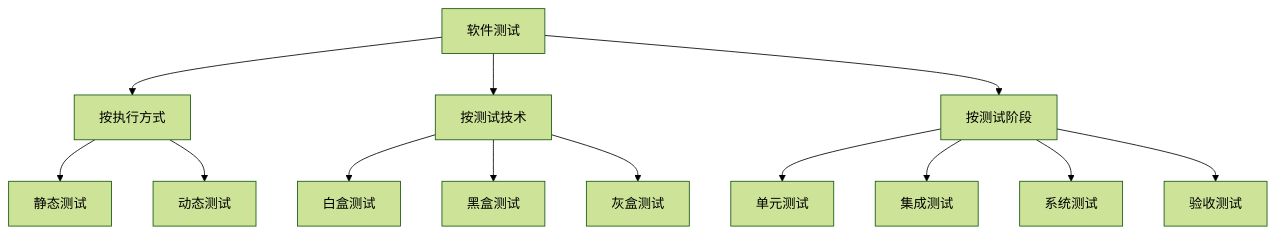
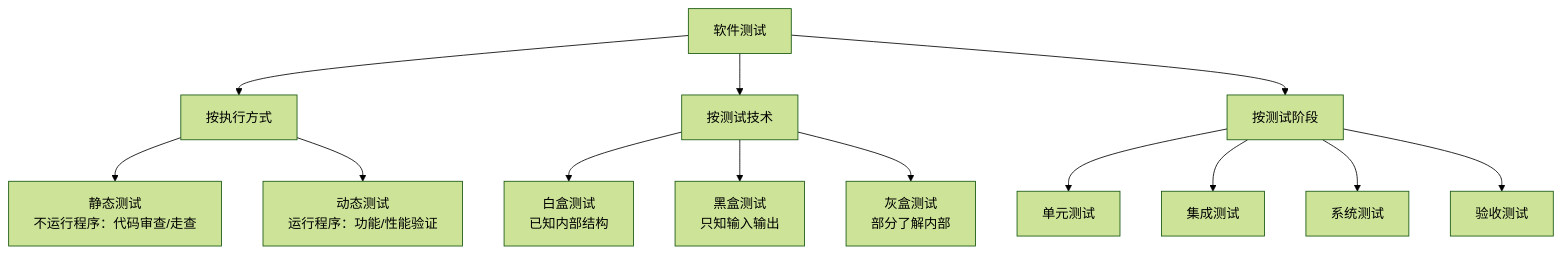
One commit to yiiewang/yiiewang.github.io changed diagram 20 of 25 in docs/ruankao/basics software engineering/index.md. Above: the diagram before and after it, drawn with Mermaid (forest theme). The commit also changed other lines of this file, not shown here.

````diff
--- a/docs/ruankao/basics software engineering/index.md
+++ b/docs/ruankao/basics software engineering/index.md
@@ -619,18 +997,18 @@
 ```mermaid
 graph TB
     A[软件测试] --> B[按执行方式]
     A --> C[按测试技术]
     A --> D[按测试阶段]
-    
-    B --> B1[静态测试]
-    B --> B2[动态测试]
-    
-    C --> C1[白盒测试]
-    C --> C2[黑盒测试]
-    C --> C3[灰盒测试]
-    
+
+    B --> B1[静态测试<br>不运行程序：代码审查/走查]
+    B --> B2[动态测试<br>运行程序：功能/性能验证]
+
+    C --> C1[白盒测试<br>已知内部结构]
+    C --> C2[黑盒测试<br>只知输入输出]
+    C --> C3[灰盒测试<br>部分了解内部]
+
     D --> D1[单元测试]
     D --> D2[集成测试]
     D --> D3[系统测试]
     D --> D4[验收测试]
 ```
````
